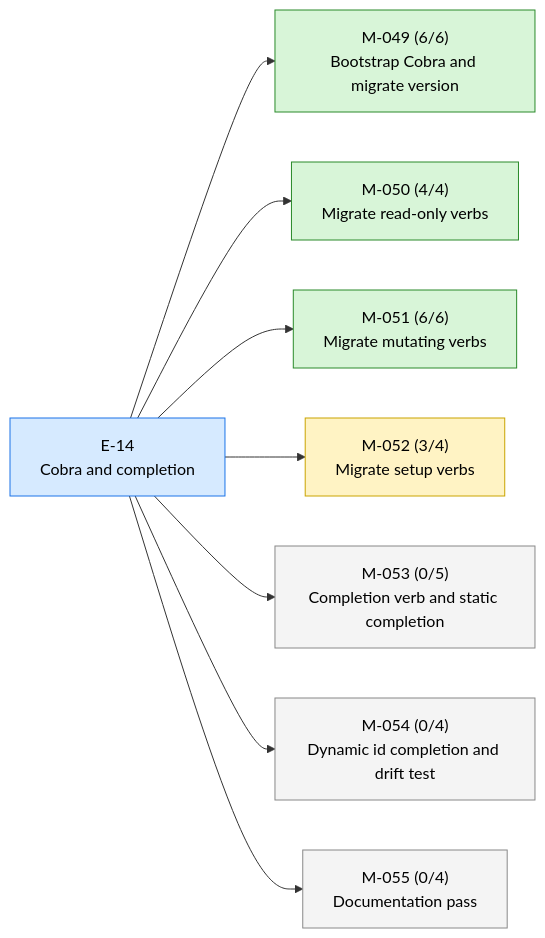
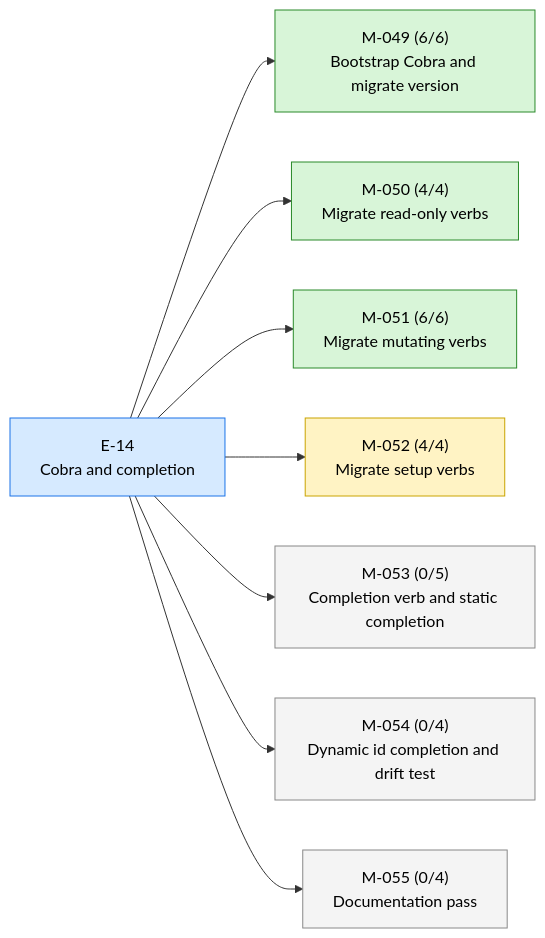
The first of 2 diagrams in STATUS.md (23min/aiwf), drawn with Mermaid before and after one commit. The commit also changed other lines of this file and 1 other file, not shown here.

````diff
--- a/STATUS.md
+++ b/STATUS.md
@@ -17,24 +17,24 @@
 ```mermaid
 flowchart LR
   E_14["E-14<br/>Cobra and completion"]:::epic_active
   M_049["M-049 (6/6)<br/>Bootstrap Cobra and migrate version"]:::ms_done
   E_14 --> M_049
   M_050["M-050 (4/4)<br/>Migrate read-only verbs"]:::ms_done
   E_14 --> M_050
   M_051["M-051 (6/6)<br/>Migrate mutating verbs"]:::ms_done
   E_14 --> M_051
-  M_052["M-052 (3/4)<br/>Migrate setup verbs"]:::ms_in_progress
+  M_052["M-052 (4/4)<br/>Migrate setup verbs"]:::ms_in_progress
   E_14 --> M_052
   M_053["M-053 (0/5)<br/>Completion verb and static completion"]:::ms_draft
   E_14 --> M_053
   M_054["M-054 (0/4)<br/>Dynamic id completion and drift test"]:::ms_draft
   E_14 --> M_054
   M_055["M-055 (0/4)<br/>Documentation pass"]:::ms_draft
   E_14 --> M_055
   classDef epic_active fill:#d6eaff,stroke:#1a73e8,color:#000
   classDef epic_proposed fill:#f4f4f4,stroke:#888,color:#000
   classDef ms_done fill:#d8f5d8,stroke:#2a8a2a,color:#000
   classDef ms_in_progress fill:#fff3c4,stroke:#caa400,color:#000
   classDef ms_draft fill:#f4f4f4,stroke:#888,color:#000
   classDef ms_cancelled fill:#fbeaea,stroke:#c33,color:#000
 ```
````
